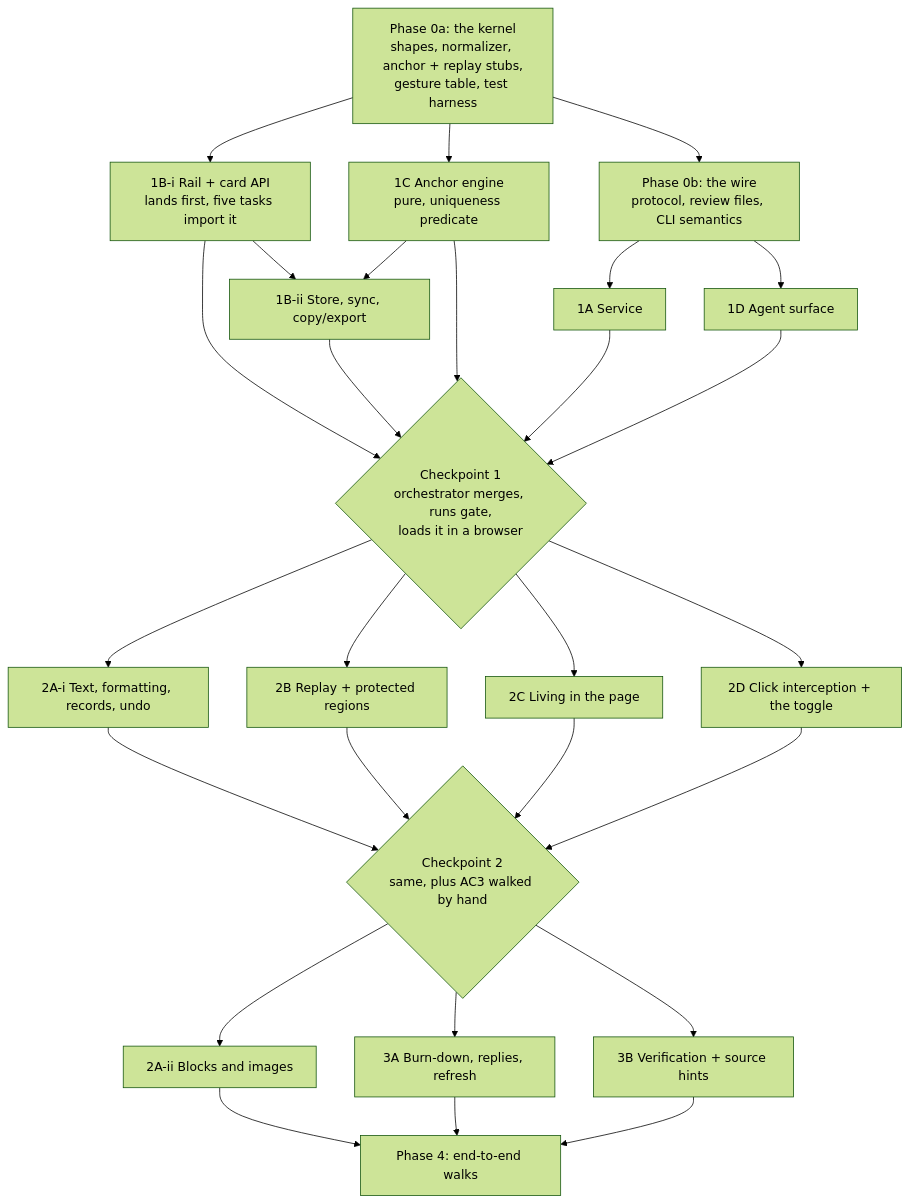
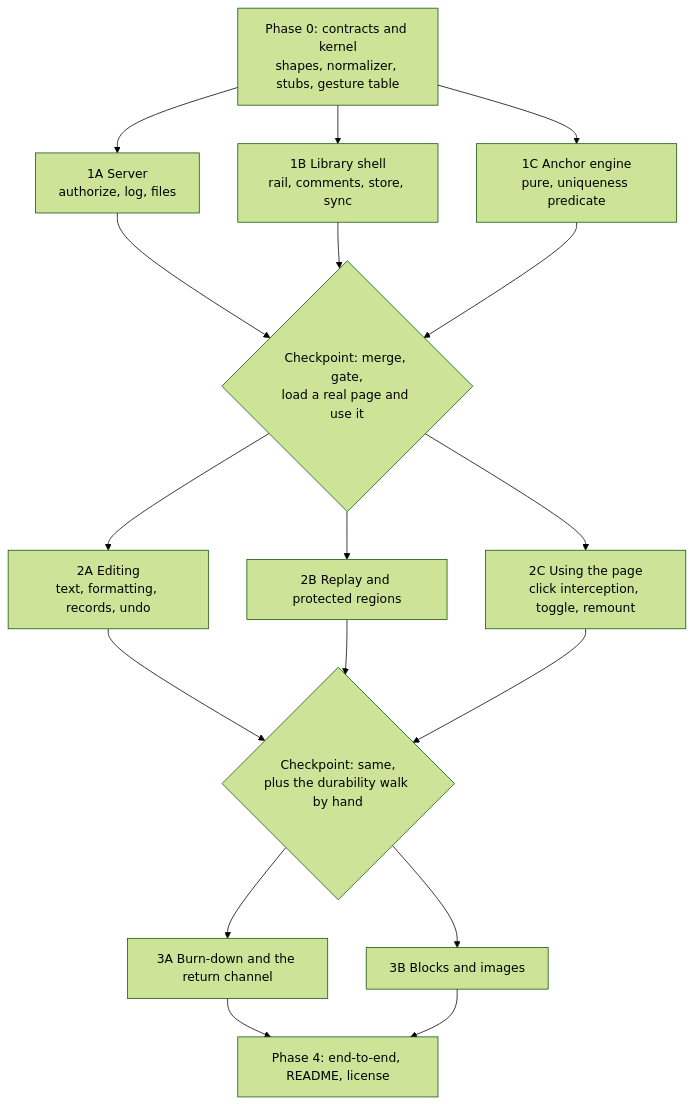
One commit to kenxle/live-agentic-html-editor changed the diagram in docs/features/20260812.01_live_agentic_html_editor/03_plan_live_agentic_html_editor.md. Above: the diagram before and after it, drawn with Mermaid (forest theme). The commit also changed other lines of this file and 37 other files, not shown here.

Commit message:
Re-cut all three docs: standalone library plus a small server, not a workflow tool

````diff
--- a/docs/features/20260812.01_live_agentic_html_editor/03_plan_live_agentic_html_editor.md
+++ b/docs/features/20260812.01_live_agentic_html_editor/03_plan_live_agentic_html_editor.md
@@ -18,23 +21,15 @@
 ```mermaid
 flowchart TD
-    P0a["Phase 0a: the kernel<br/>shapes, normalizer, anchor + replay stubs,<br/>gesture table, test harness"]
-    P0b["Phase 0b: the wire<br/>protocol, review files, CLI semantics"]
-    P0a --> P0b
-    P0a --> C["1C Anchor engine<br/>pure, uniqueness predicate"]
-    P0a --> Bi["1B-i Rail + card API<br/>lands first, five tasks import it"]
-    P0b --> A["1A Service"]
-    P0b --> D["1D Agent surface"]
-    Bi --> Bii["1B-ii Store, sync, copy/export"]
-    C --> Bii
-    Bi & Bii & C --> CP1{"Checkpoint 1<br/>orchestrator merges, runs gate,<br/>loads it in a browser"}
-    A & D --> CP1
-    CP1 --> Ai["2A-i Text, formatting, records, undo"]
-    CP1 --> B2["2B Replay + protected regions"]
-    CP1 --> Cc["2C Living in the page"]
-    CP1 --> Dd["2D Click interception + the toggle"]
-    Ai & B2 & Cc & Dd --> CP2{"Checkpoint 2<br/>same, plus AC3 walked by hand"}
-    CP2 --> Aii["2A-ii Blocks and images"]
-    CP2 --> H["3A Burn-down, replies, refresh"]
-    CP2 --> I["3B Verification + source hints"]
-    Aii & H & I --> P4["Phase 4: end-to-end walks"]
+    P0["Phase 0: contracts and kernel<br/>shapes, normalizer, stubs, gesture table"]
+    P0 --> A["1A Server<br/>authorize, log, files"]
+    P0 --> B["1B Library shell<br/>rail, comments, store, sync"]
+    P0 --> C["1C Anchor engine<br/>pure, uniqueness predicate"]
+    A & B & C --> CP1{"Checkpoint: merge, gate,<br/>load a real page and use it"}
+    CP1 --> D["2A Editing<br/>text, formatting, records, undo"]
+    CP1 --> E["2B Replay and protected regions"]
+    CP1 --> F["2C Using the page<br/>click interception, toggle, remount"]
+    D & E & F --> CP2{"Checkpoint: same,<br/>plus the durability walk by hand"}
+    CP2 --> G["3A Burn-down and the return channel"]
+    CP2 --> H["3B Blocks and images"]
+    G & H --> I["Phase 4: end-to-end, README, license"]
 ```
````
